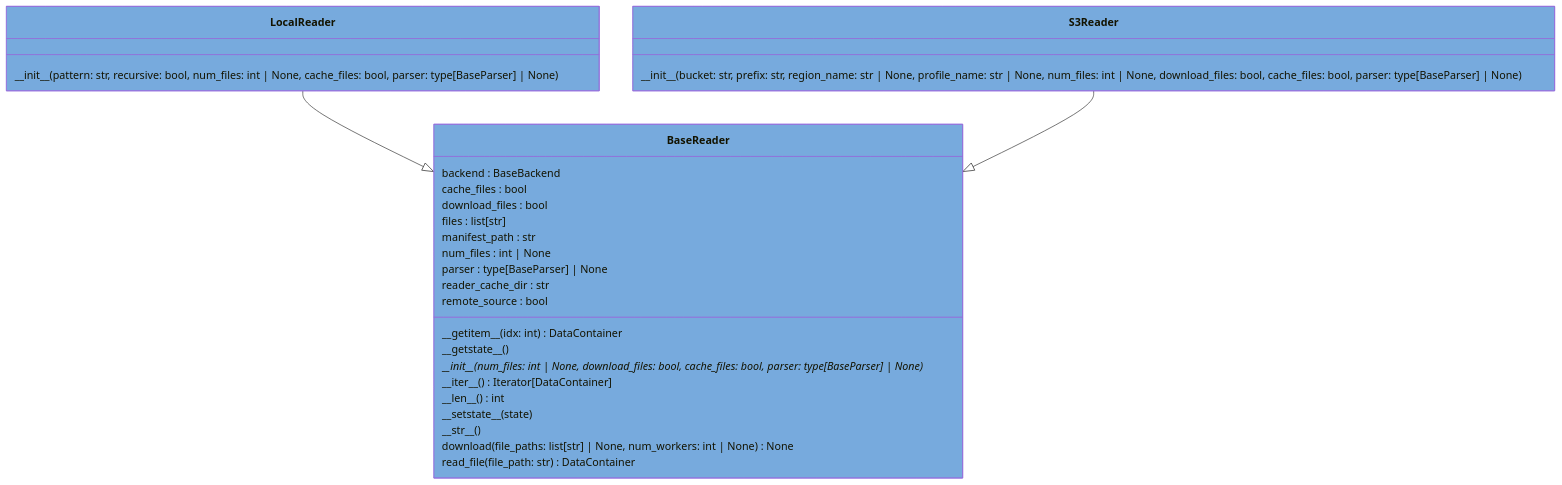
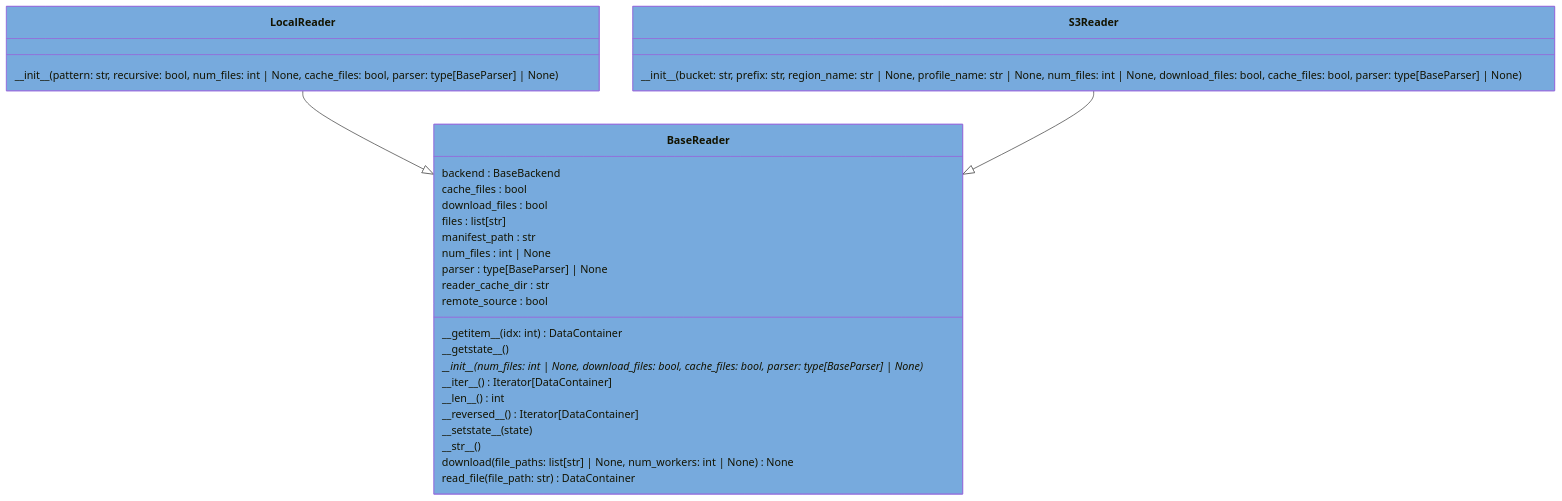
Before and after one commit to voidsy-gmbh/pyThermoNDT: the diagram in docs/pyreverse/mermaid/classes_pythermondt.readers.mmd, drawn with Mermaid. The commit also changed 15 other files, not shown here.

Commit message:
Update mermaid diagrams (#224)

```diff
--- a/docs/pyreverse/mermaid/classes_pythermondt.readers.mmd
+++ b/docs/pyreverse/mermaid/classes_pythermondt.readers.mmd
@@ -1,32 +1,33 @@
 classDiagram
   class BaseReader {
     backend : BaseBackend
     cache_files : bool
     download_files : bool
     files : list[str]
     manifest_path : str
     num_files : int | None
     parser : type[BaseParser] | None
     reader_cache_dir : str
     remote_source : bool
     \_\_getitem\_\_(idx: int) DataContainer
     \_\_getstate\_\_()
     \_\_init\_\_(num_files: int | None, download_files: bool, cache_files: bool, parser: type[BaseParser] | None)*
     \_\_iter\_\_() Iterator[DataContainer]
     \_\_len\_\_() int
+    \_\_reversed\_\_() Iterator[DataContainer]
     \_\_setstate\_\_(state)
     \_\_str\_\_()
     download(file_paths: list[str] | None, num_workers: int | None) None
     read_file(file_path: str) DataContainer
   }
   style BaseReader fill:#77AADD
   class LocalReader {
     \_\_init\_\_(pattern: str, recursive: bool, num_files: int | None, cache_files: bool, parser: type[BaseParser] | None)
   }
   style LocalReader fill:#77AADD
   class S3Reader {
     \_\_init\_\_(bucket: str, prefix: str, region_name: str | None, profile_name: str | None, num_files: int | None, download_files: bool, cache_files: bool, parser: type[BaseParser] | None)
   }
   style S3Reader fill:#77AADD
   LocalReader --|> BaseReader
   S3Reader --|> BaseReader
```
